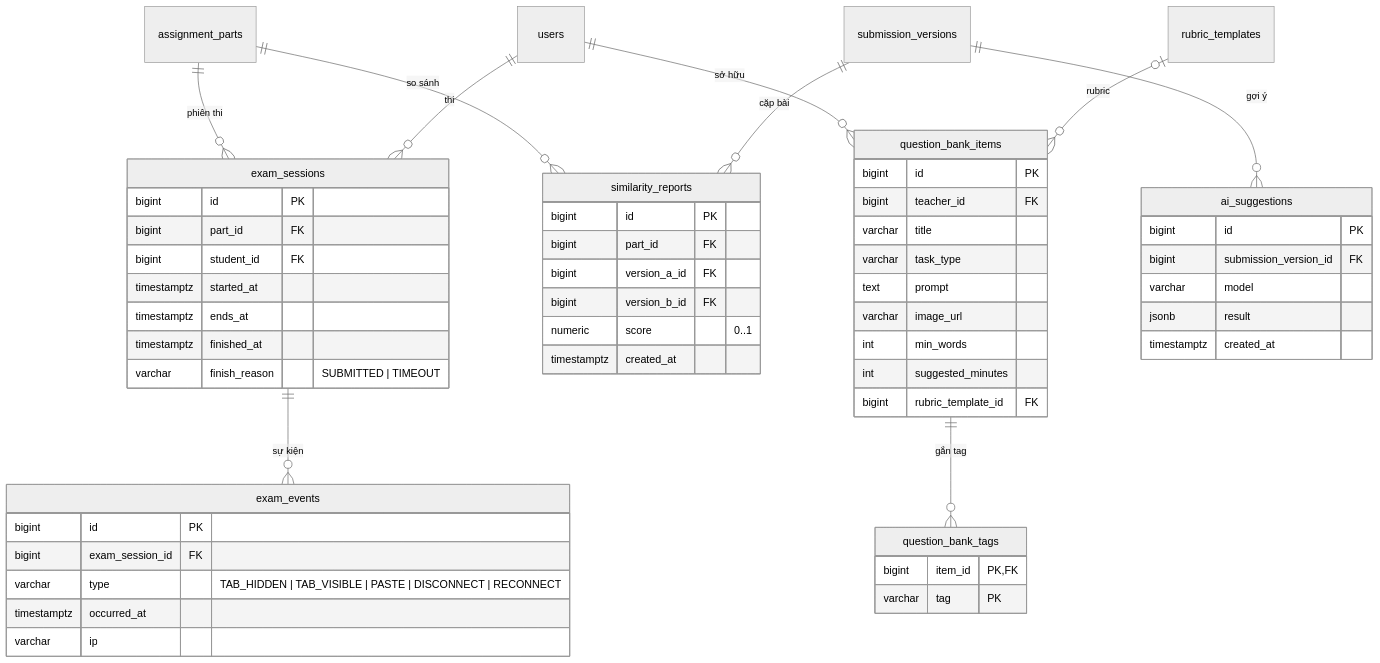
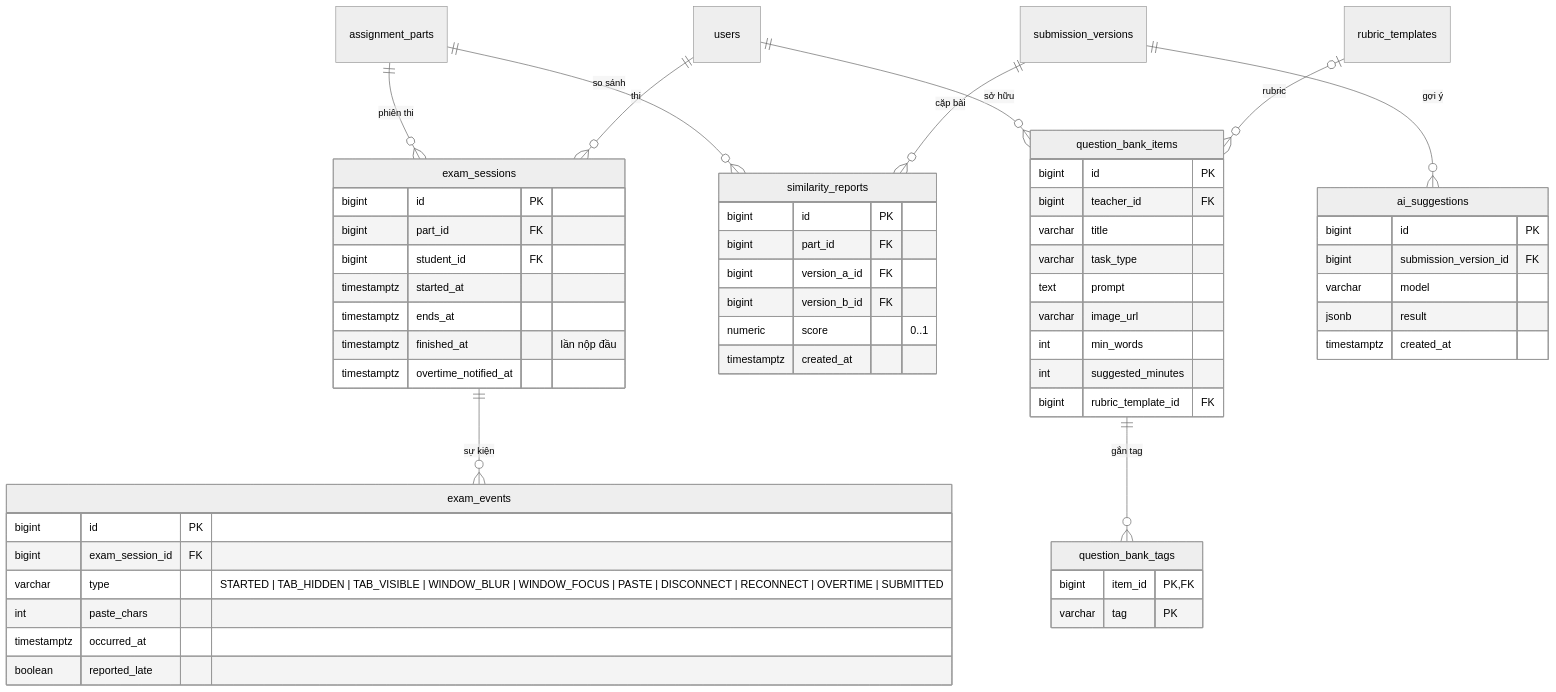
One commit to duckkthoi/ielts-system changed the fifth of 5 diagrams in docs/04-erd.md. Above: the diagram before and after it, drawn with Mermaid (neutral theme). The commit also changed other lines of this file and 192 other files, not shown here.

````diff
--- a/docs/04-erd.md
+++ b/docs/04-erd.md
@@ -350,59 +345,60 @@
 ```mermaid
 erDiagram
     assignment_parts ||--o{ exam_sessions : "phiên thi"
     users ||--o{ exam_sessions : "thi"
     exam_sessions ||--o{ exam_events : "sự kiện"
     assignment_parts ||--o{ similarity_reports : "so sánh"
     submission_versions ||--o{ similarity_reports : "cặp bài"
     users ||--o{ question_bank_items : "sở hữu"
     rubric_templates |o--o{ question_bank_items : "rubric"
     question_bank_items ||--o{ question_bank_tags : "gắn tag"
     submission_versions ||--o{ ai_suggestions : "gợi ý"
 
     exam_sessions {
         bigint id PK
         bigint part_id FK
         bigint student_id FK
         timestamptz started_at
         timestamptz ends_at
-        timestamptz finished_at
-        varchar finish_reason "SUBMITTED | TIMEOUT"
+        timestamptz finished_at "lần nộp đầu"
+        timestamptz overtime_notified_at
     }
     exam_events {
         bigint id PK
         bigint exam_session_id FK
-        varchar type "TAB_HIDDEN | TAB_VISIBLE | PASTE | DISCONNECT | RECONNECT"
+        varchar type "STARTED | TAB_HIDDEN | TAB_VISIBLE | WINDOW_BLUR | WINDOW_FOCUS | PASTE | DISCONNECT | RECONNECT | OVERTIME | SUBMITTED"
+        int paste_chars
         timestamptz occurred_at
-        varchar ip
+        boolean reported_late
     }
     similarity_reports {
         bigint id PK
         bigint part_id FK
         bigint version_a_id FK
         bigint version_b_id FK
         numeric score "0..1"
         timestamptz created_at
     }
     question_bank_items {
         bigint id PK
         bigint teacher_id FK
         varchar title
         varchar task_type
         text prompt
         varchar image_url
         int min_words
         int suggested_minutes
         bigint rubric_template_id FK
     }
     question_bank_tags {
         bigint item_id PK, FK
         varchar tag PK
     }
     ai_suggestions {
         bigint id PK
         bigint submission_version_id FK
         varchar model
         jsonb result
         timestamptz created_at
     }
 ```
````
